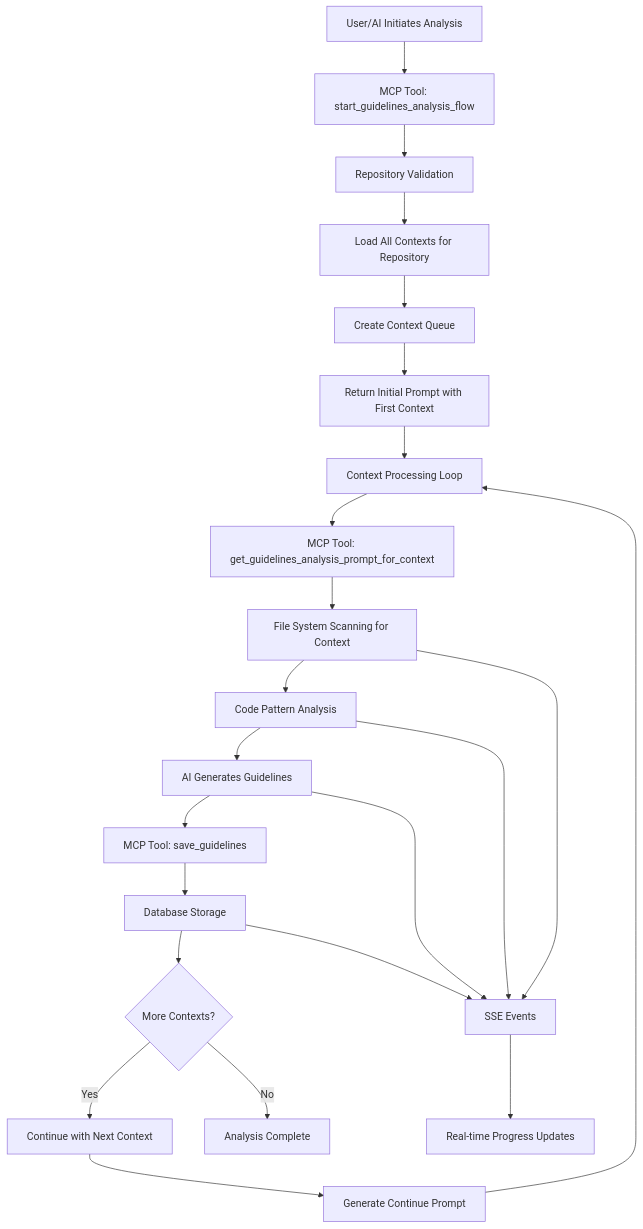
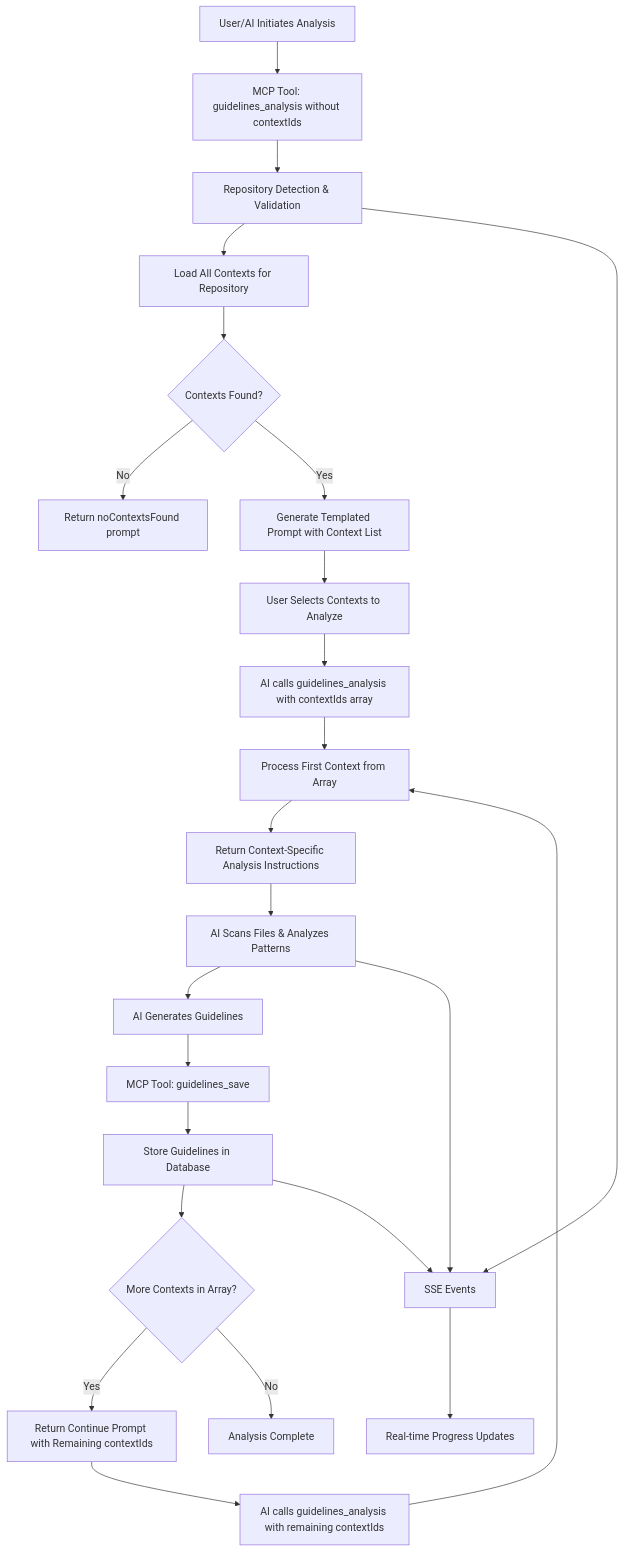
Before and after one commit to bettercontext/btrx: the diagram in docs/user-guide/guidelines-analysis.md, drawn with Mermaid. The commit also changed other lines of this file and 59 other files, not shown here.

Commit message:
refactor: prepare guidelines (service/MCP) for the diff feature

````diff
--- a/docs/user-guide/guidelines-analysis.md
+++ b/docs/user-guide/guidelines-analysis.md
@@ -17,29 +17,30 @@
 ```mermaid
 graph TD
-    A[User/AI Initiates Analysis] --> B[MCP Tool: start_guidelines_analysis_flow]
-    B --> C[Repository Validation]
+    A[User/AI Initiates Analysis] --> B[MCP Tool: guidelines_analysis without contextIds]
+    B --> C[Repository Detection & Validation]
     C --> D[Load All Contexts for Repository]
-    D --> E[Create Context Queue]
-    E --> F[Return Initial Prompt with First Context]
-    F --> G[Context Processing Loop]
+    D --> E{Contexts Found?}
+    E -->|No| F[Return noContextsFound prompt]
+    E -->|Yes| G[Generate Templated Prompt with Context List]
+    G --> H[User Selects Contexts to Analyze]
+    H --> I[AI calls guidelines_analysis with contextIds array]
 
-    G --> H[MCP Tool: get_guidelines_analysis_prompt_for_context]
-    H --> I[File System Scanning for Context]
-    I --> J[Code Pattern Analysis]
-    J --> K[AI Generates Guidelines]
-    K --> L[MCP Tool: save_guidelines]
-    L --> M[Database Storage]
-    M --> N{More Contexts?}
+    I --> J[Process First Context from Array]
+    J --> K[Return Context-Specific Analysis Instructions]
+    K --> L[AI Scans Files & Analyzes Patterns]
+    L --> M[AI Generates Guidelines]
+    M --> N[MCP Tool: guidelines_save]
+    N --> O[Store Guidelines in Database]
+    O --> P{More Contexts in Array?}
 
-    N -->|Yes| O[Continue with Next Context]
-    O --> P[Generate Continue Prompt]
-    P --> G
+    P -->|Yes| Q[Return Continue Prompt with Remaining contextIds]
+    Q --> R[AI calls guidelines_analysis with remaining contextIds]
+    R --> J
 
-    N -->|No| Q[Analysis Complete]
+    P -->|No| S[Analysis Complete]
 
-    S[SSE Events] --> T[Real-time Progress Updates]
-    I --> S
-    J --> S
-    K --> S
-    M --> S
+    T[SSE Events] --> U[Real-time Progress Updates]
+    C --> T
+    L --> T
+    O --> T
 ```
````
